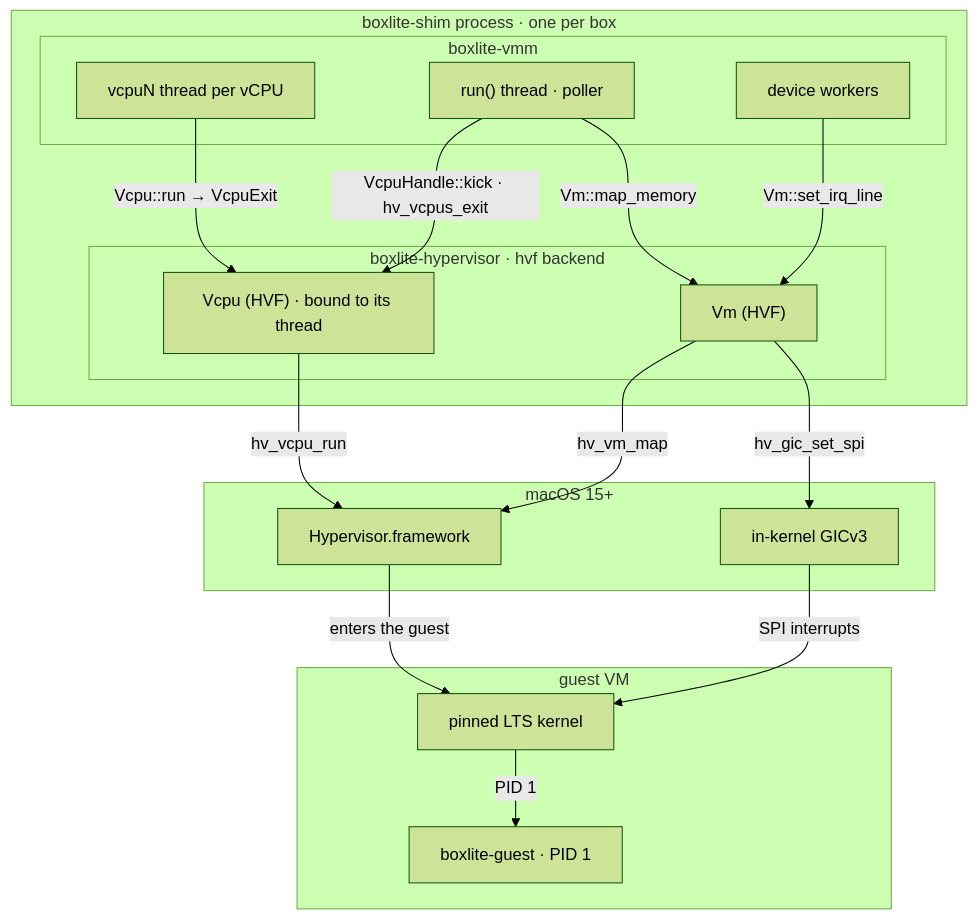
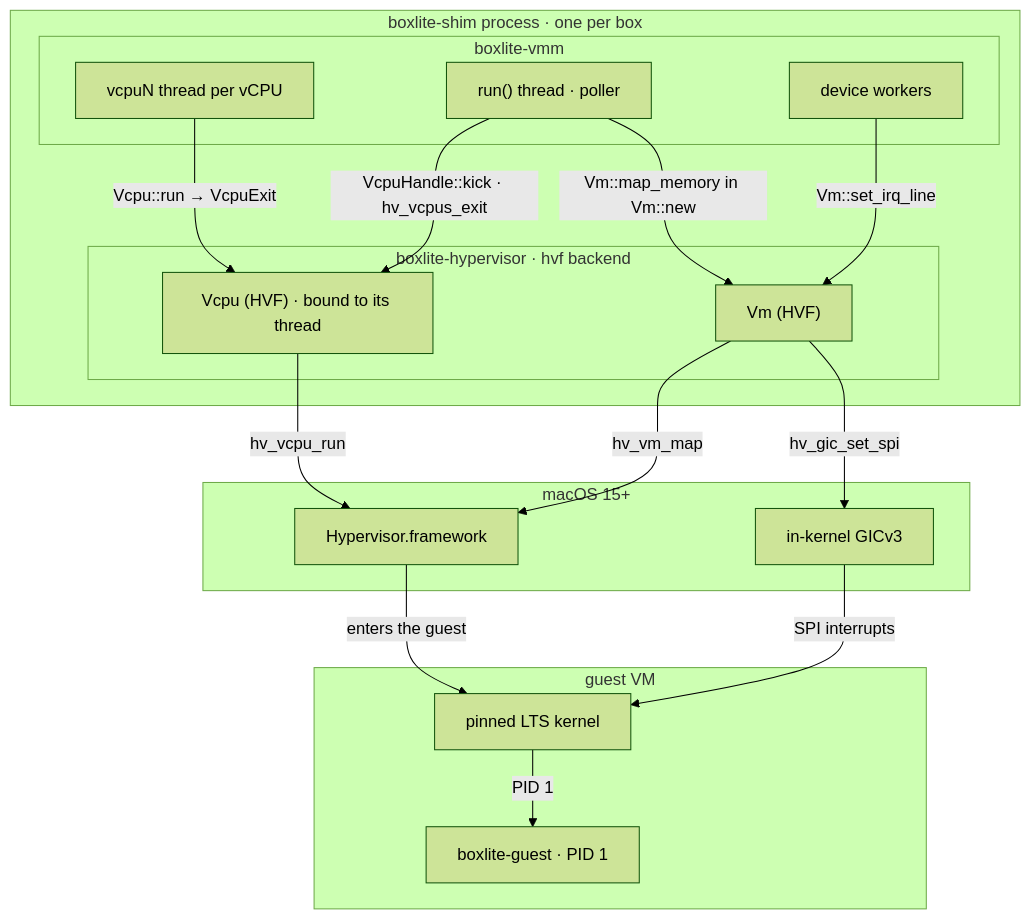
One commit to boxlite-ai/boxlite changed the diagram in docs/architecture/vmm/hvf.md. Above: the diagram before and after it, drawn with Mermaid (forest theme). The commit also changed 11 other files, not shown here.

````diff
--- a/docs/architecture/vmm/hvf.md
+++ b/docs/architecture/vmm/hvf.md
@@ -5,32 +5,32 @@
 ```mermaid
 flowchart TB
   subgraph shim_process["boxlite-shim process · one per box"]
     subgraph vmm_crate["boxlite-vmm"]
       run_thread["run() thread · poller"]
       device_worker["device workers"]
       vcpu_thread["vcpuN thread per vCPU"]
     end
     subgraph hvf_backend["boxlite-hypervisor · hvf backend"]
       hvf_vm["Vm (HVF)"]
       hvf_vcpu["Vcpu (HVF) · bound to its thread"]
     end
   end
   subgraph macos["macOS 15+"]
     hvf_api["Hypervisor.framework"]
     gic["in-kernel GICv3"]
   end
   subgraph guest_vm["guest VM"]
     guest_kernel["pinned LTS kernel"]
     guest_init["boxlite-guest · PID 1"]
   end
   vcpu_thread e_vcpu_run@-->|"Vcpu::run → VcpuExit"| hvf_vcpu
   hvf_vcpu e_hv_vcpu_run@-->|"hv_vcpu_run"| hvf_api
   hvf_api e_enter_guest@-->|"enters the guest"| guest_kernel
   run_thread e_kick@-->|"VcpuHandle::kick · hv_vcpus_exit"| hvf_vcpu
-  run_thread e_map_memory@-->|"Vm::map_memory"| hvf_vm
+  run_thread e_map_memory@-->|"Vm::map_memory in Vm::new"| hvf_vm
   hvf_vm e_hv_vm_map@-->|"hv_vm_map"| hvf_api
   device_worker e_set_irq_line@-->|"Vm::set_irq_line"| hvf_vm
   hvf_vm e_gic_set_spi@-->|"hv_gic_set_spi"| gic
   gic e_guest_irq@-->|"SPI interrupts"| guest_kernel
   guest_kernel e_pid1@-->|"PID 1"| guest_init
 ```
````
